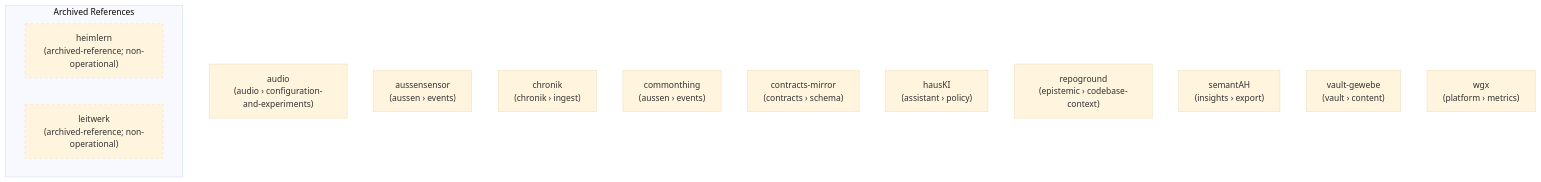
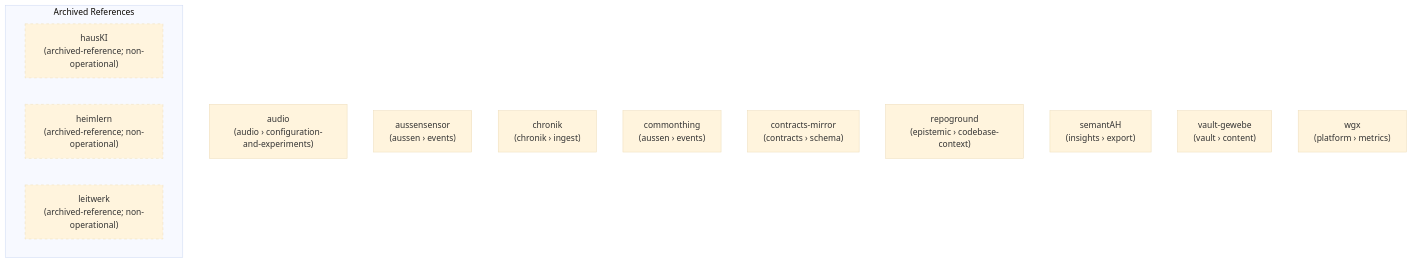
The diagram in docs/org-graph.mmd (heimgewebe/metarepo), drawn with Mermaid (base theme) before and after one commit. The commit also changed 16 other files, not shown here.

First line of the commit message:
fleet: retire HausKI as archived reference (#736)

```diff
--- a/docs/org-graph.mmd
+++ b/docs/org-graph.mmd
@@ -1,19 +1,20 @@
 %% Org dependency graph
 %% Generated by scripts/generate_org_assets.py; do not edit manually.
 graph TD
     audio["audio\n(audio › configuration-and-experiments)"]
     aussensensor["aussensensor\n(aussen › events)"]
     chronik["chronik\n(chronik › ingest)"]
     commonthing["commonthing\n(aussen › events)"]
     contracts_mirror["contracts-mirror\n(contracts › schema)"]
-    hausKI["hausKI\n(assistant › policy)"]
     repoground["repoground\n(epistemic › codebase-context)"]
     semantAH["semantAH\n(insights › export)"]
     vault_gewebe["vault-gewebe\n(vault › content)"]
     wgx["wgx\n(platform › metrics)"]
     subgraph archived_references["Archived References"]
+        archived_hausKI["hausKI\n(archived-reference; non-operational)"]
+        style archived_hausKI stroke-dasharray: 5 5
         archived_heimlern["heimlern\n(archived-reference; non-operational)"]
         style archived_heimlern stroke-dasharray: 5 5
         archived_leitwerk["leitwerk\n(archived-reference; non-operational)"]
         style archived_leitwerk stroke-dasharray: 5 5
     end
```
